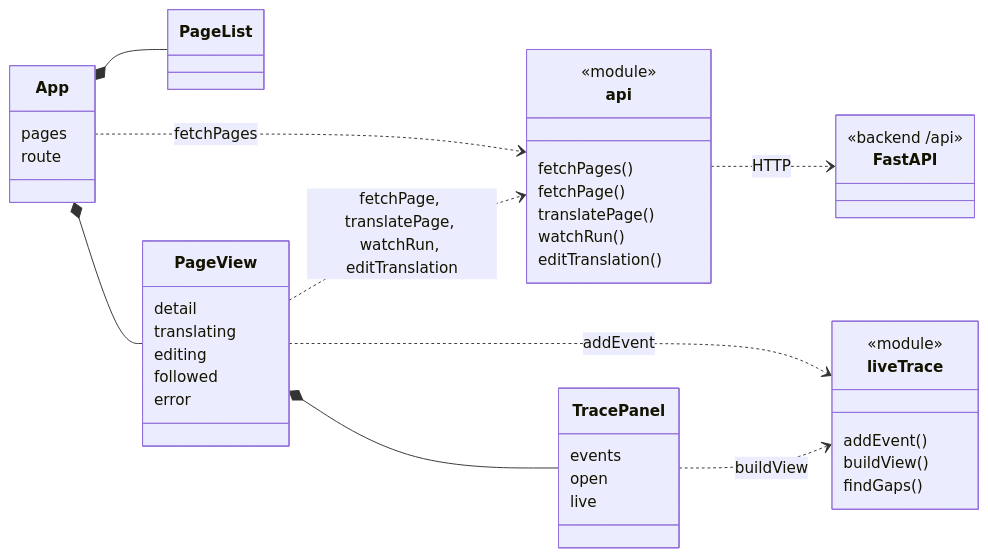
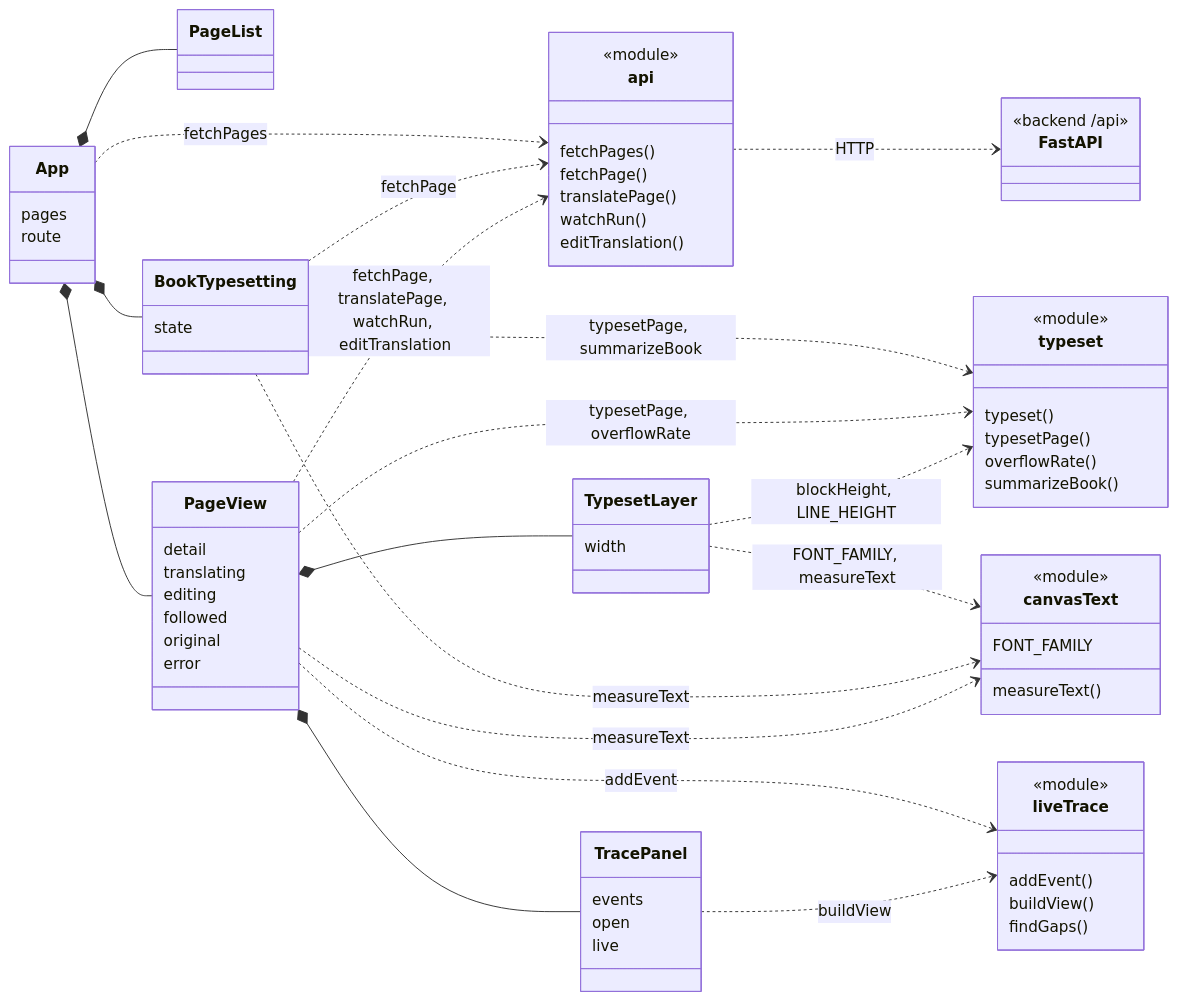
Before and after one commit to EUVUD/Fukidashi: the eighth of 8 diagrams in docs/design.md, drawn with Mermaid. The commit also changed other lines of this file and 5 other files, not shown here.

Commit message:
Record the canvas typesetting (#77) in the docs, and the ellipsis rule behind its overflows

````diff
--- a/docs/design.md
+++ b/docs/design.md
@@ -498,48 +498,76 @@
 ```mermaid
 classDiagram
     direction LR
 
     class App {
         pages
         route
     }
     class PageList
+    class BookTypesetting {
+        state
+    }
     class PageView {
         detail
         translating
         editing
         followed
+        original
         error
+    }
+    class TypesetLayer {
+        width
+    }
+    class typeset {
+        <<module>>
+        typeset()
+        typesetPage()
+        overflowRate()
+        summarizeBook()
+    }
+    class canvasText {
+        <<module>>
+        FONT_FAMILY
+        measureText()
     }
     class TracePanel {
         events
         open
         live
     }
     class liveTrace {
         <<module>>
         addEvent()
         buildView()
         findGaps()
     }
     class api {
         <<module>>
         fetchPages()
         fetchPage()
         translatePage()
         watchRun()
         editTranslation()
     }
     class FastAPI {
         <<backend /api>>
     }
 
     App *-- PageList
+    App *-- BookTypesetting
     App *-- PageView
     App ..> api : fetchPages
+    BookTypesetting ..> api : fetchPage
+    BookTypesetting ..> typeset : typesetPage, summarizeBook
     PageView ..> api : fetchPage, translatePage, watchRun, editTranslation
     PageView *-- TracePanel
+    PageView *-- TypesetLayer
     PageView ..> liveTrace : addEvent
+    PageView ..> typeset : typesetPage, overflowRate
     TracePanel ..> liveTrace : buildView
+    TypesetLayer ..> typeset : blockHeight, LINE_HEIGHT
+    TypesetLayer ..> canvasText : FONT_FAMILY, measureText
+    BookTypesetting ..> canvasText : measureText
+    PageView ..> canvasText : measureText
     api ..> FastAPI : HTTP
 ```
````
